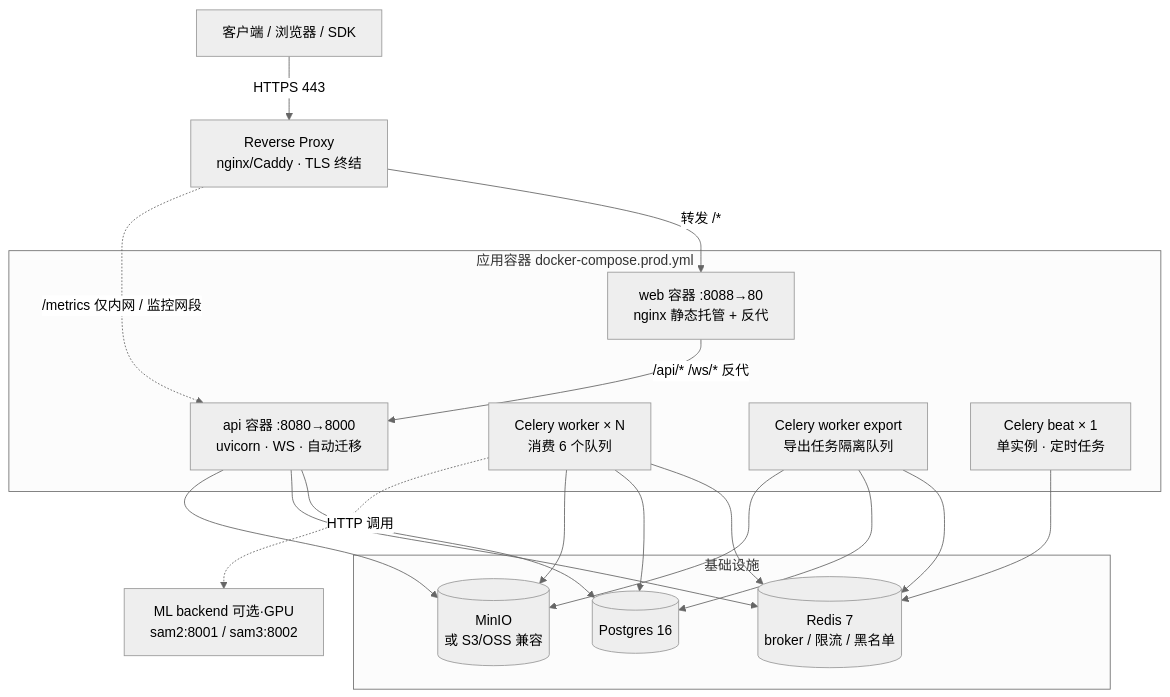
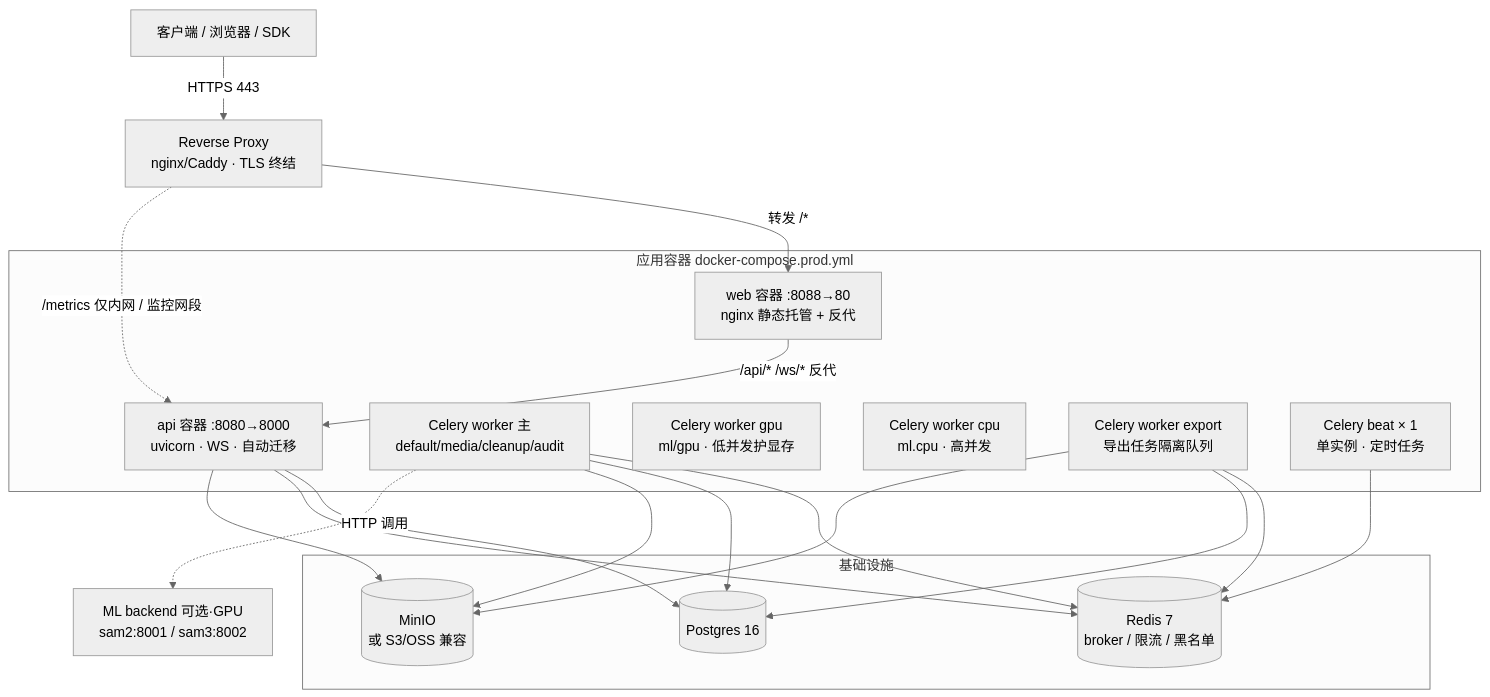
Before and after one commit to yyq19990828/ai-annotation-platform: the diagram in docs-site/ops/deploy/docker-compose.md, drawn with Mermaid (neutral theme). The commit also changed other lines of this file and 15 other files, not shown here.

````diff
--- a/docs-site/ops/deploy/docker-compose.md
+++ b/docs-site/ops/deploy/docker-compose.md
@@ -23,32 +23,34 @@
 ```mermaid
 graph TB
   Client[客户端 / 浏览器 / SDK]
   Proxy[Reverse Proxy<br/>nginx/Caddy · TLS 终结]
 
   subgraph App[应用容器 docker-compose.prod.yml]
     Web[web 容器 :8088→80<br/>nginx 静态托管 + 反代]
     API[api 容器 :8080→8000<br/>uvicorn · WS · 自动迁移]
-    Worker[Celery worker × N<br/>消费 6 个队列]
+    Worker[Celery worker 主<br/>default/media/cleanup/audit]
+    WorkerGpu[Celery worker gpu<br/>ml/gpu · 低并发护显存]
+    WorkerCpu[Celery worker cpu<br/>ml.cpu · 高并发]
     Export[Celery worker export<br/>导出任务隔离队列]
     Beat[Celery beat × 1<br/>单实例 · 定时任务]
   end
 
   subgraph Infra[基础设施]
     DB[(Postgres 16)]
     RD[(Redis 7<br/>broker / 限流 / 黑名单)]
     S3[(MinIO<br/>或 S3/OSS 兼容)]
   end
 
   SAM[ML backend 可选·GPU<br/>sam2:8001 / sam3:8002]
 
   Client -->|HTTPS 443| Proxy
   Proxy -->|转发 /*| Web
   Web -->|/api/* /ws/* 反代| API
   Proxy -.->|/metrics 仅内网 / 监控网段| API
 
   API --> DB & RD & S3
   Worker --> RD & DB & S3
   Export --> RD & DB & S3
   Beat --> RD
   Worker -.->|HTTP 调用| SAM
 ```
````
